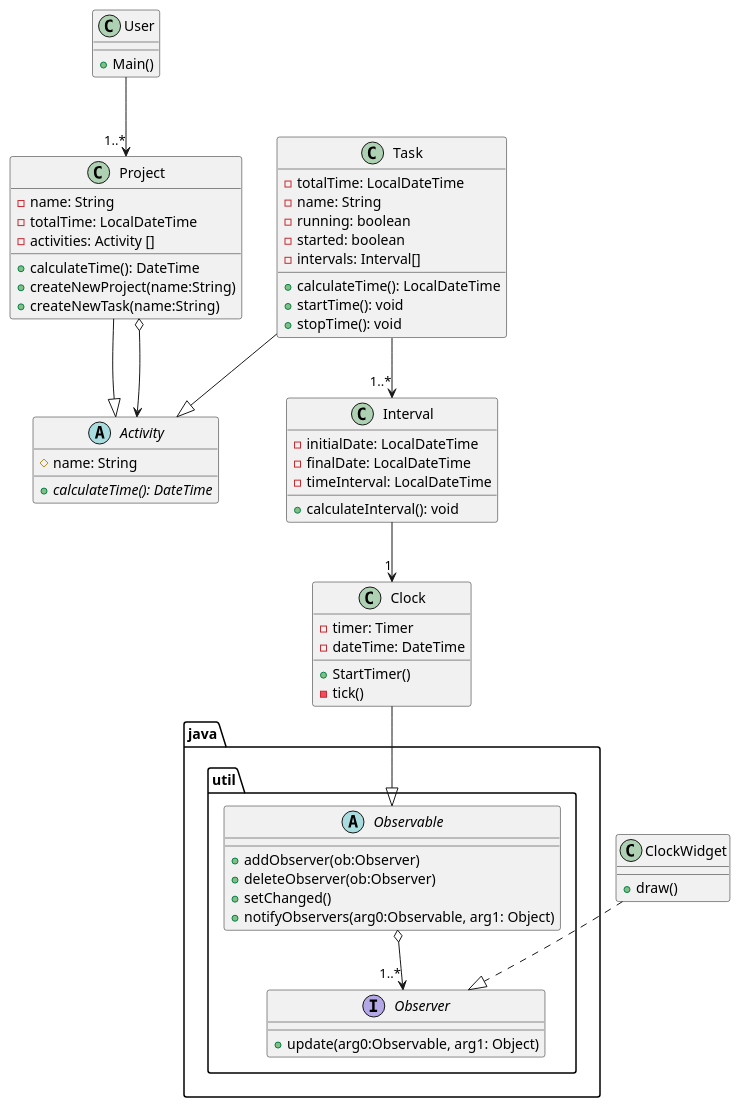
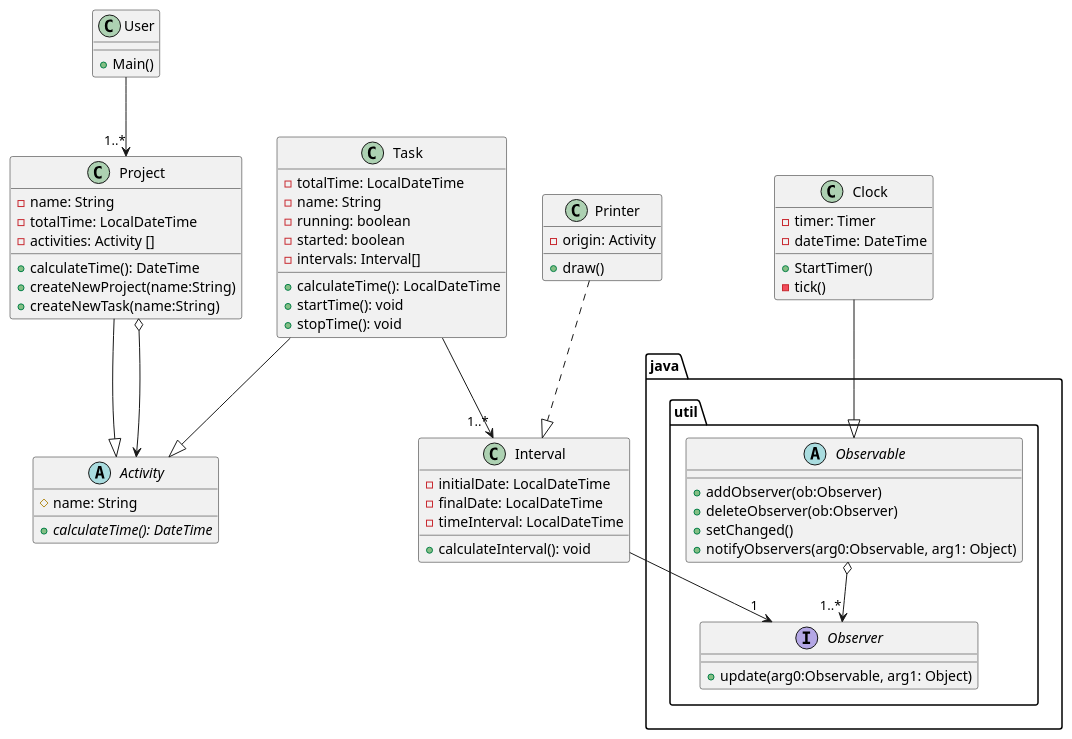
One commit to JPeaceK/TimeTracker changed the diagram in TimeTacker/src/Milestone1_Diagram.puml. Above: the diagram before and after it, drawn with PlantUML.

```diff
--- a/TimeTacker/src/Milestone1_Diagram.puml
+++ b/TimeTacker/src/Milestone1_Diagram.puml
@@ -1,85 +1,85 @@
 @startuml
 abstract class Activity{
 # name: String
 + {abstract}calculateTime(): DateTime
 }
 
 class Project{
 - name: String
 - totalTime: LocalDateTime
 - activities: Activity []
 + calculateTime(): DateTime
 + createNewProject(name:String)
 + createNewTask(name:String)
 
 }
 
 class Task{
 - totalTime: LocalDateTime
 - name: String
 - running: boolean
 - started: boolean
 - intervals: Interval[]
 + calculateTime(): LocalDateTime
 + startTime(): void
 + stopTime(): void
 
 }
 
 class Interval{
 - initialDate: LocalDateTime
 - finalDate: LocalDateTime
 - timeInterval: LocalDateTime
 
 + calculateInterval(): void
 }
 
 
 
 
 
 class User{
 + Main()
 }
 
 
-class ClockWidget{
-
-+draw()
+class Printer{
+- origin: Activity
++ draw()
 }
 
 class Clock
 {
 -timer: Timer
 -dateTime: DateTime
 +StartTimer()
 -tick()
 
 }
 
 package java.util <<Folder>>{
 
 abstract class Observable{
 +addObserver(ob:Observer)
 +deleteObserver(ob:Observer)
 +setChanged()
 +notifyObservers(arg0:Observable, arg1: Object)
 }
 interface Observer{
 + update(arg0:Observable, arg1: Object)
 }
 
 
 }
 
 Task --|> Activity
 Project --|> Activity
 Project o--> Activity
 Observable o--> "1..*" Observer
-ClockWidget ..|> Observer
+Printer..|> Interval
 Clock --|> Observable 
 Task -->"1..*" Interval
-Interval --> "1" Clock
+Interval --> "1" Observer
 User --> "1..*" Project
 
 @enduml
```
